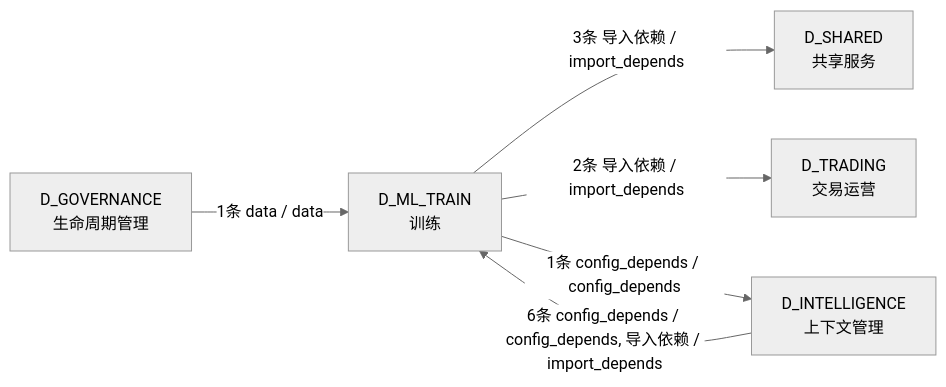
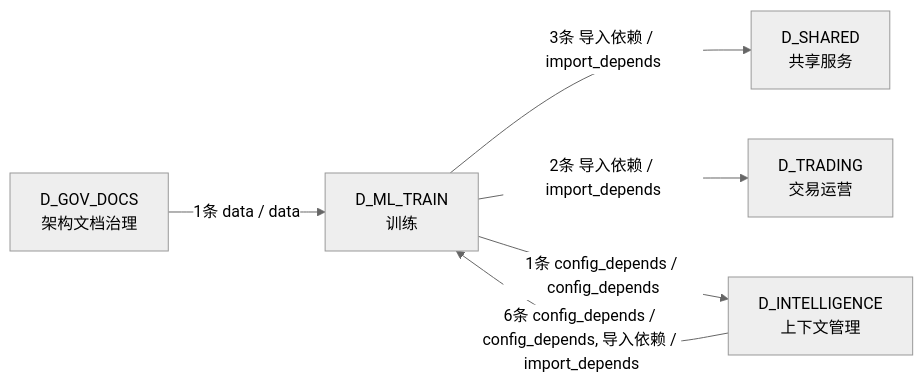
One commit to xuanFelixVan/ZephyrAlpha changed the fourth of 4 diagrams in docs/02_enterprise_architecture/02_domain_architecture_docs/50_d_ml_train.md. Above: the diagram before and after it, drawn with Mermaid (neutral theme). The commit also changed other lines of this file and 126 other files, not shown here.

````diff
--- a/docs/02_enterprise_architecture/02_domain_architecture_docs/50_d_ml_train.md
+++ b/docs/02_enterprise_architecture/02_domain_architecture_docs/50_d_ml_train.md
@@ -207,13 +207,13 @@
 ```mermaid
 graph LR
     D_ML_TRAIN["D_ML_TRAIN<br/>训练"]
     D_SHARED["D_SHARED<br/>共享服务"]
     D_TRADING["D_TRADING<br/>交易运营"]
     D_INTELLIGENCE["D_INTELLIGENCE<br/>上下文管理"]
-    D_GOVERNANCE["D_GOVERNANCE<br/>生命周期管理"]
+    D_GOV_DOCS["D_GOV_DOCS<br/>架构文档治理"]
     D_ML_TRAIN -->|3条 导入依赖 / import_depends| D_SHARED
     D_ML_TRAIN -->|2条 导入依赖 / import_depends| D_TRADING
     D_ML_TRAIN -->|1条 config_depends / config_depends| D_INTELLIGENCE
     D_INTELLIGENCE -->|6条 config_depends / config_depends, 导入依赖 / import_depends| D_ML_TRAIN
-    D_GOVERNANCE -->|1条 data / data| D_ML_TRAIN
+    D_GOV_DOCS -->|1条 data / data| D_ML_TRAIN
 ```
````
